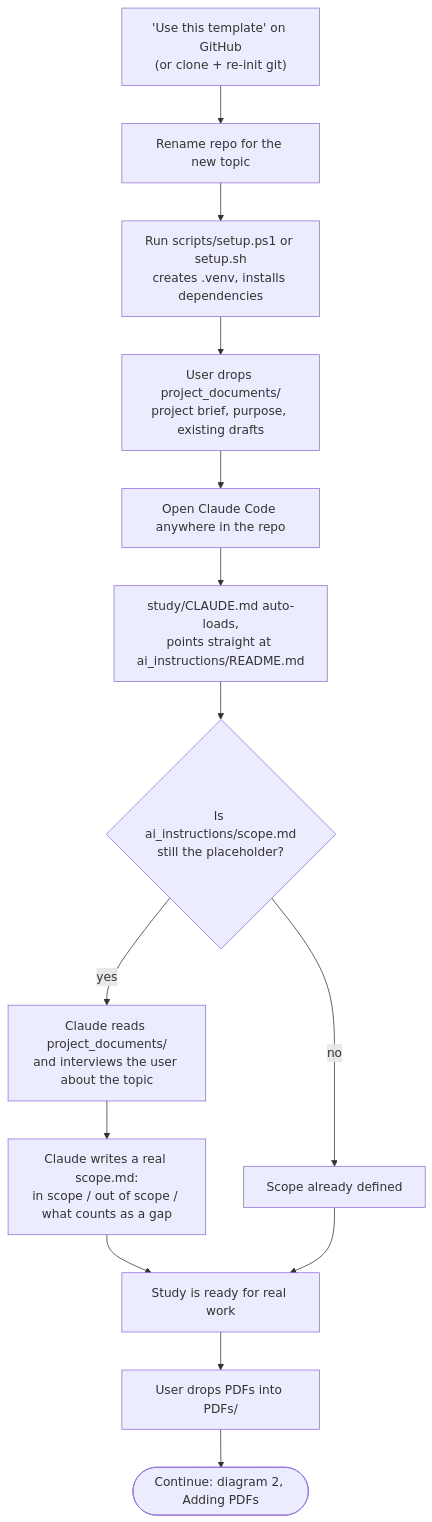
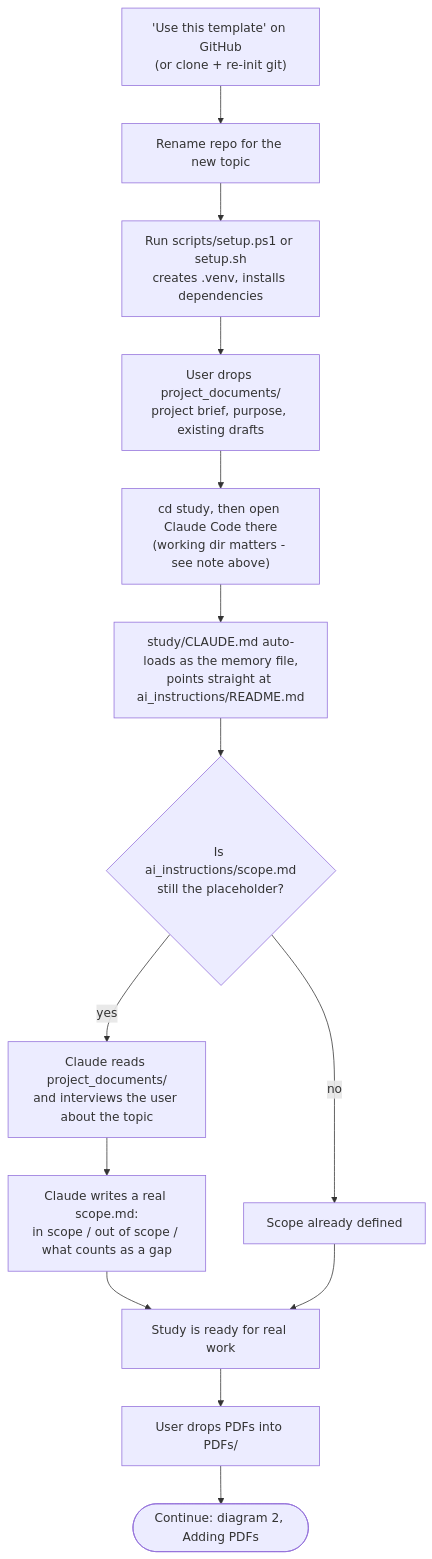
The first of 5 diagrams in study/workflow-diagram.md (jonaHaggarde/literature_study_template), drawn with Mermaid before and after one commit. The commit also changed other lines of this file and 4 other files, not shown here.

````diff
--- a/study/workflow-diagram.md
+++ b/study/workflow-diagram.md
@@ -15,16 +24,16 @@
 ```mermaid
 flowchart TD
     A["'Use this template' on GitHub<br/>(or clone + re-init git)"] --> B["Rename repo for the new topic"]
     B --> C["Run scripts/setup.ps1 or setup.sh<br/>creates .venv, installs dependencies"]
     C --> D["User drops project_documents/<br/>project brief, purpose, existing drafts"]
-    D --> E["Open Claude Code anywhere in the repo"]
-    E --> F["study/CLAUDE.md auto-loads,<br/>points straight at ai_instructions/README.md"]
+    D --> E["cd study, then open Claude Code there<br/>(working dir matters - see note above)"]
+    E --> F["study/CLAUDE.md auto-loads as the memory file,<br/>points straight at ai_instructions/README.md"]
     F --> G{"Is ai_instructions/scope.md<br/>still the placeholder?"}
     G -- yes --> H["Claude reads project_documents/<br/>and interviews the user about the topic"]
     H --> I["Claude writes a real scope.md:<br/>in scope / out of scope / what counts as a gap"]
     G -- no --> J["Scope already defined"]
     I --> K["Study is ready for real work"]
     J --> K
     K --> L["User drops PDFs into PDFs/"]
     L --> M(["Continue: diagram 2, Adding PDFs"])
 ```
````
